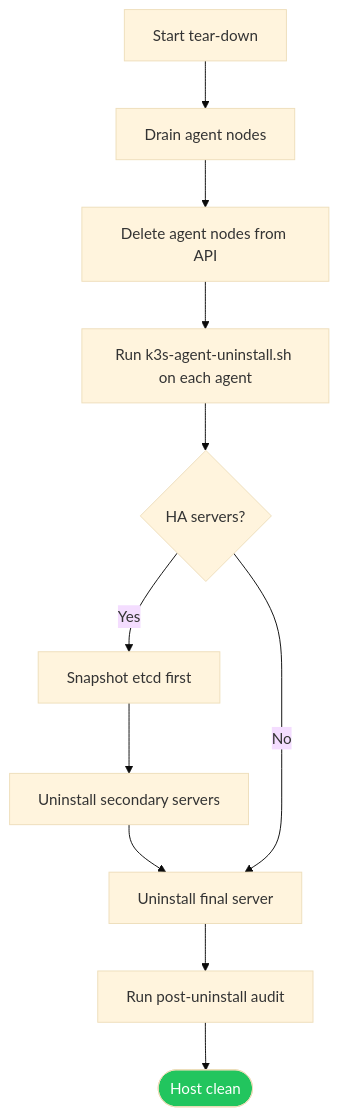
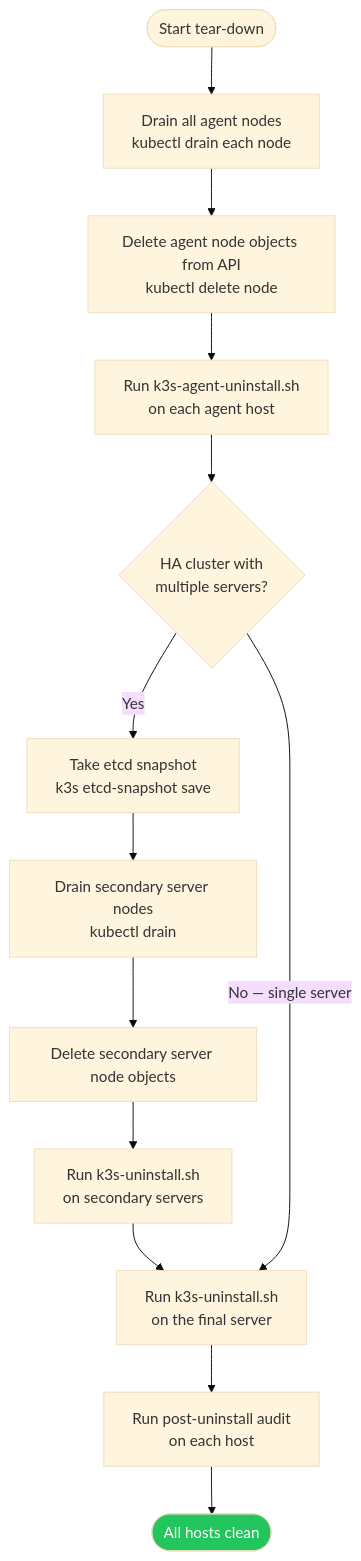
The third of 4 diagrams in 02_installation/04_uninstall_and_cleanup.md (UncleJS/course_k3s), drawn with Mermaid (base theme) before and after one commit. The commit also changed other lines of this file and 45 other files, not shown here.

First line of the commit message:
Expand all course lessons: Mermaid diagrams + rich prose across 43 files

````diff
--- a/02_installation/04_uninstall_and_cleanup.md
+++ b/02_installation/04_uninstall_and_cleanup.md
@@ -109,15 +195,17 @@
 ```mermaid
 flowchart TD
-    A[Start tear-down] --> B[Drain agent nodes]
-    B --> C[Delete agent nodes from API]
-    C --> D[Run k3s-agent-uninstall.sh on each agent]
-    D --> E{HA servers?}
-    E -->|Yes| F[Snapshot etcd first]
-    F --> G[Uninstall secondary servers]
-    G --> H[Uninstall final server]
-    E -->|No| H
-    H --> I[Run post-uninstall audit]
-    I --> J([Host clean])
+    A(["Start tear-down"]) --> B["Drain all agent nodes<br/>kubectl drain each node"]
+    B --> C["Delete agent node objects from API<br/>kubectl delete node"]
+    C --> D["Run k3s-agent-uninstall.sh<br/>on each agent host"]
+    D --> E{"HA cluster with<br/>multiple servers?"}
+    E -->|"Yes"| F["Take etcd snapshot<br/>k3s etcd-snapshot save"]
+    F --> G["Drain secondary server nodes<br/>kubectl drain"]
+    G --> H["Delete secondary server node objects"]
+    H --> I["Run k3s-uninstall.sh<br/>on secondary servers"]
+    I --> J["Run k3s-uninstall.sh<br/>on the final server"]
+    E -->|"No — single server"| J
+    J --> K["Run post-uninstall audit<br/>on each host"]
+    K --> L(["All hosts clean"])
 
-    style J fill:#22c55e,color:#fff
+    style L fill:#22c55e,color:#fff
 ```
````
